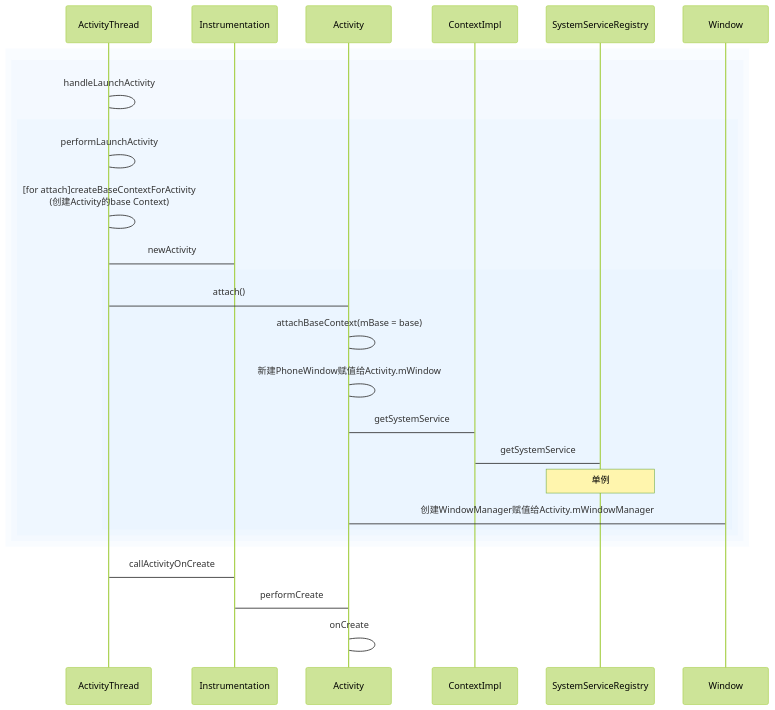
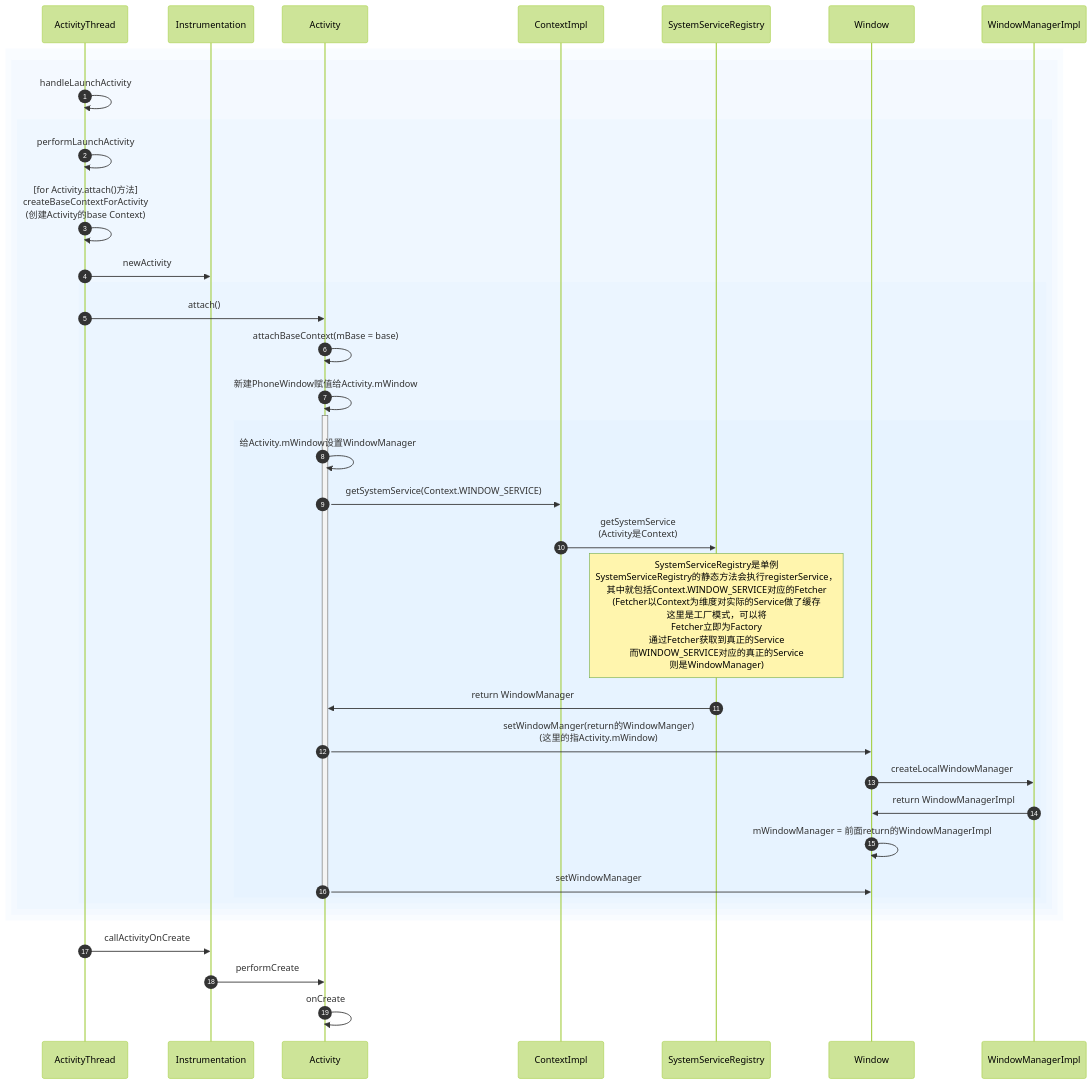
The eighth of 10 diagrams in source/_posts/Android/Android窗口机制.md (swithun-liu/swithun-liu.github.io), drawn with Mermaid (forest theme) before and after one commit.

Commit message:
开始查看如何进入oncreate, onreasume等生命周期

````diff
--- a/source/_posts/Android/Android窗口机制.md
+++ b/source/_posts/Android/Android窗口机制.md
@@ -1313,25 +1313,34 @@
 ```mermaid
 sequenceDiagram
+autonumber
 rect rgba(191, 223, 255, .1) 
     rect rgba(191, 223, 255, .1) 
-        ActivityThread -> ActivityThread: handleLaunchActivity
+        ActivityThread ->> ActivityThread: handleLaunchActivity
         rect rgba(191, 223, 255, .1) 
-            ActivityThread -> ActivityThread: performLaunchActivity
-            ActivityThread -> ActivityThread: [for attach]createBaseContextForActivity<br>(创建Activity的base Context)
-            ActivityThread -> Instrumentation: newActivity
+            ActivityThread ->> ActivityThread: performLaunchActivity
+            ActivityThread ->> ActivityThread: [for Activity.attach()方法]<br>createBaseContextForActivity<br>(创建Activity的base Context)
+            ActivityThread ->> Instrumentation: newActivity
             rect rgba(191, 223, 255, .1) 
-                ActivityThread -> Activity: attach()
-                Activity -> Activity: attachBaseContext(mBase = base)
-                Activity -> Activity: 新建PhoneWindow赋值给Activity.mWindow
-                Activity -> ContextImpl: getSystemService
-                ContextImpl -> SystemServiceRegistry: getSystemService
-                note over SystemServiceRegistry: 单例
-                Activity -> Window: 创建WindowManager赋值给Activity.mWindowManager
+                ActivityThread ->> Activity: attach()
+                Activity ->> Activity: attachBaseContext(mBase = base)
+                Activity ->> +Activity: 新建PhoneWindow赋值给Activity.mWindow
+                rect rgba(191, 223, 255, .1) 
+                    Activity ->> Activity: 给Activity.mWindow设置WindowManager
+                    Activity ->> ContextImpl: getSystemService(Context.WINDOW_SERVICE)
+                    ContextImpl ->> SystemServiceRegistry: getSystemService<br>(Activity是Context)
+                    note over SystemServiceRegistry: SystemServiceRegistry是单例<br>SystemServiceRegistry的静态方法会执行registerService，<br>其中就包括Context.WINDOW_SERVICE对应的Fetcher<br>(Fetcher以Context为维度对实际的Service做了缓存<br>这里是工厂模式，可以将<br>Fetcher立即为Factory<br>通过Fetcher获取到真正的Service<br>而WINDOW_SERVICE对应的真正的Service<br>则是WindowManager)
+                    SystemServiceRegistry ->> Activity: return WindowManager
+                    Activity ->> Window: setWindowManger(return的WindowManger)<br>(这里的指Activity.mWindow)
+                    Window ->> WindowManagerImpl: createLocalWindowManager
+                    WindowManagerImpl ->> Window: return WindowManagerImpl
+                    Window ->> Window: mWindowManager = 前面return的WindowManagerImpl
+                    Activity ->> -Window: setWindowManager
+                end
             end
         end
     end
 end
-ActivityThread -> Instrumentation: callActivityOnCreate
-Instrumentation -> Activity: performCreate
-Activity -> Activity: onCreate
+ActivityThread ->> Instrumentation: callActivityOnCreate
+Instrumentation ->> Activity: performCreate
+Activity ->> Activity: onCreate
 ```
````
